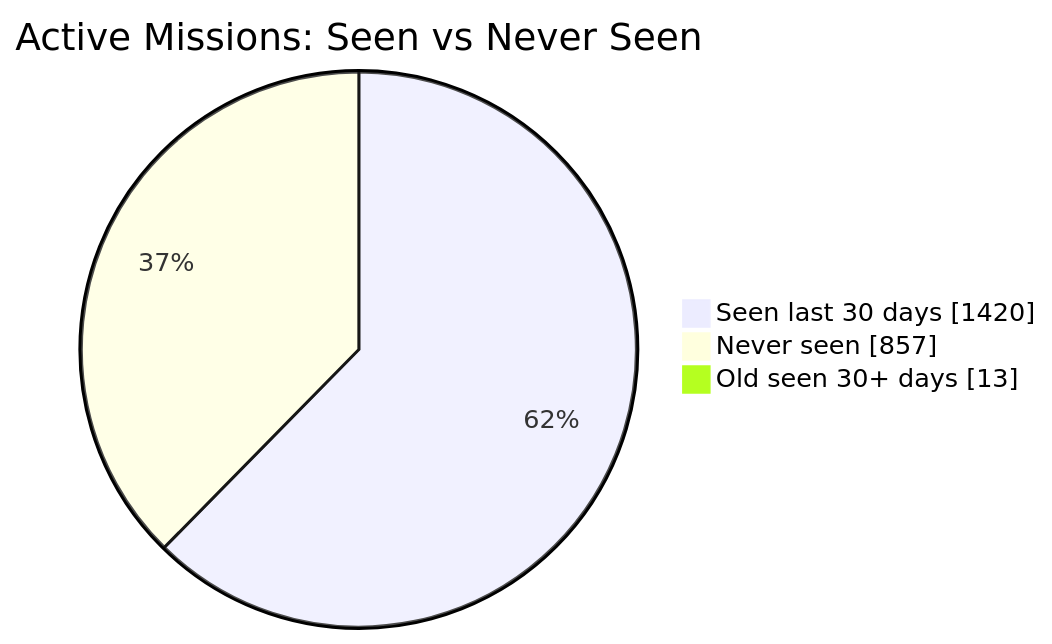
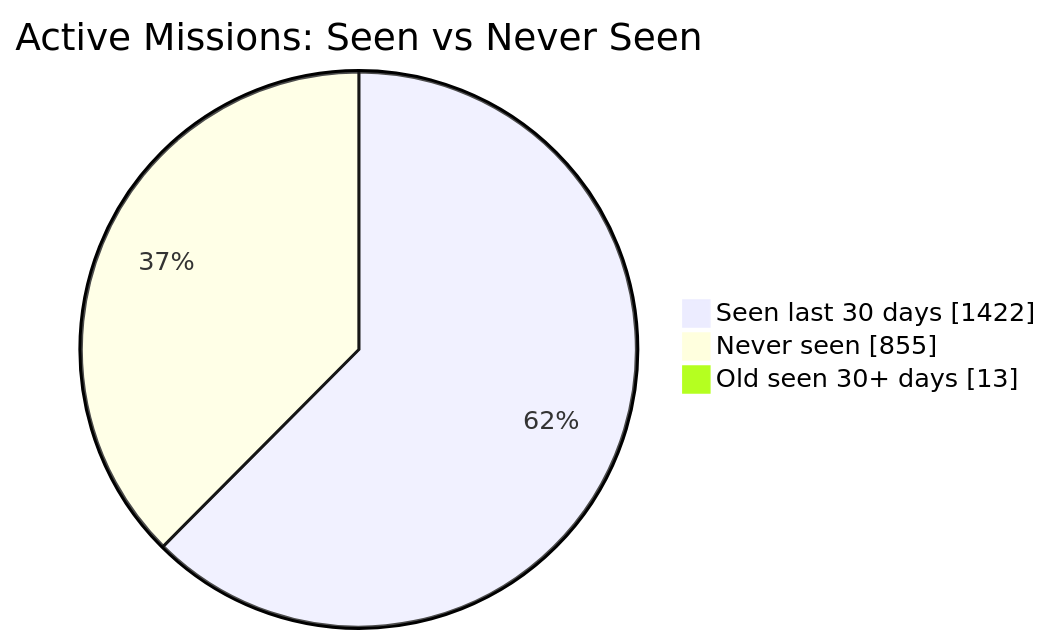
One commit to MeldkamerspelGameTeam/active-missions changed the first of 2 diagrams in README.md. Above: the diagram before and after it, drawn with Mermaid. The commit also changed other lines of this file and 2 other files, not shown here.

````diff
--- a/README.md
+++ b/README.md
@@ -34,7 +34,7 @@
 ```mermaid
 pie showData
     title Active Missions: Seen vs Never Seen
-    "Seen last 30 days" : 1420
-    "Never seen" : 857
+    "Seen last 30 days" : 1422
+    "Never seen" : 855
     "Old seen 30+ days" : 13
 ```
````
